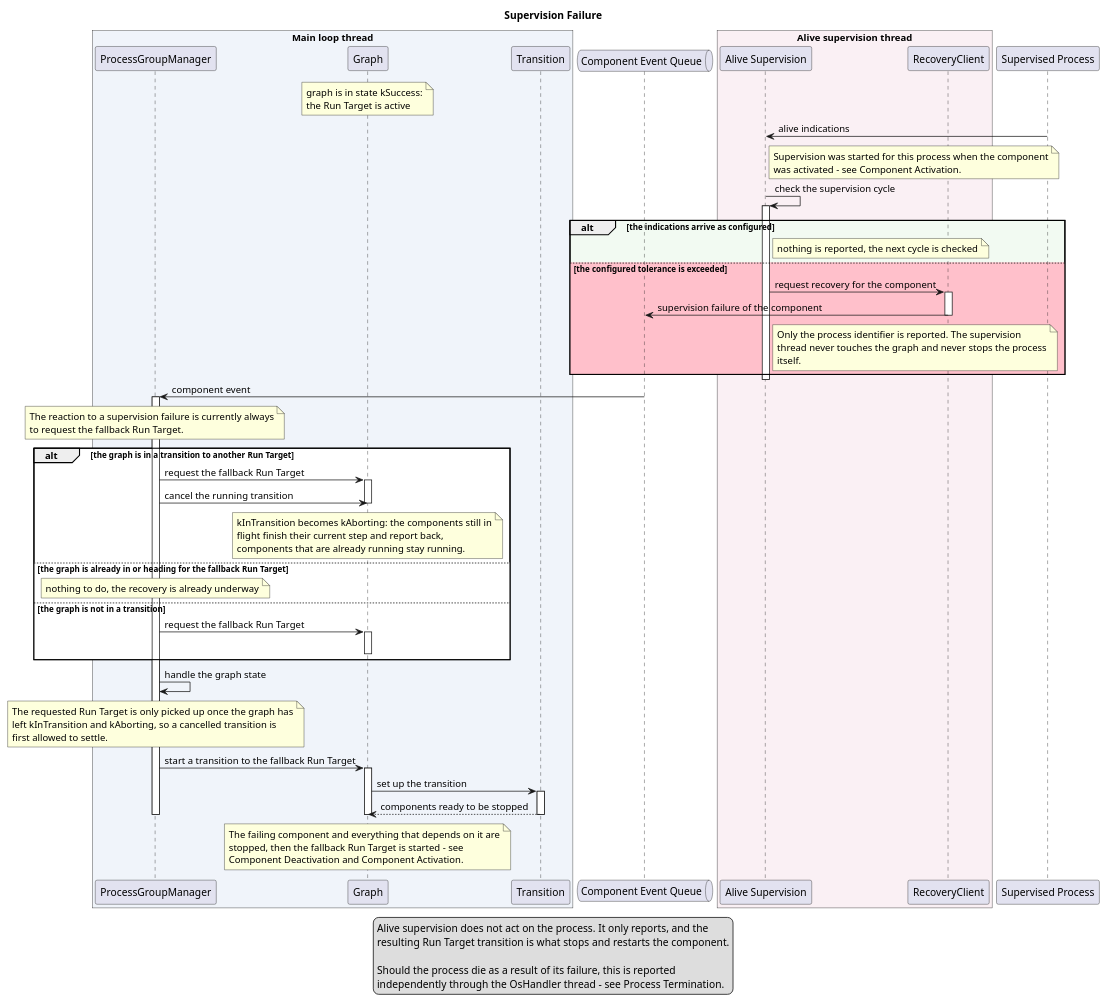
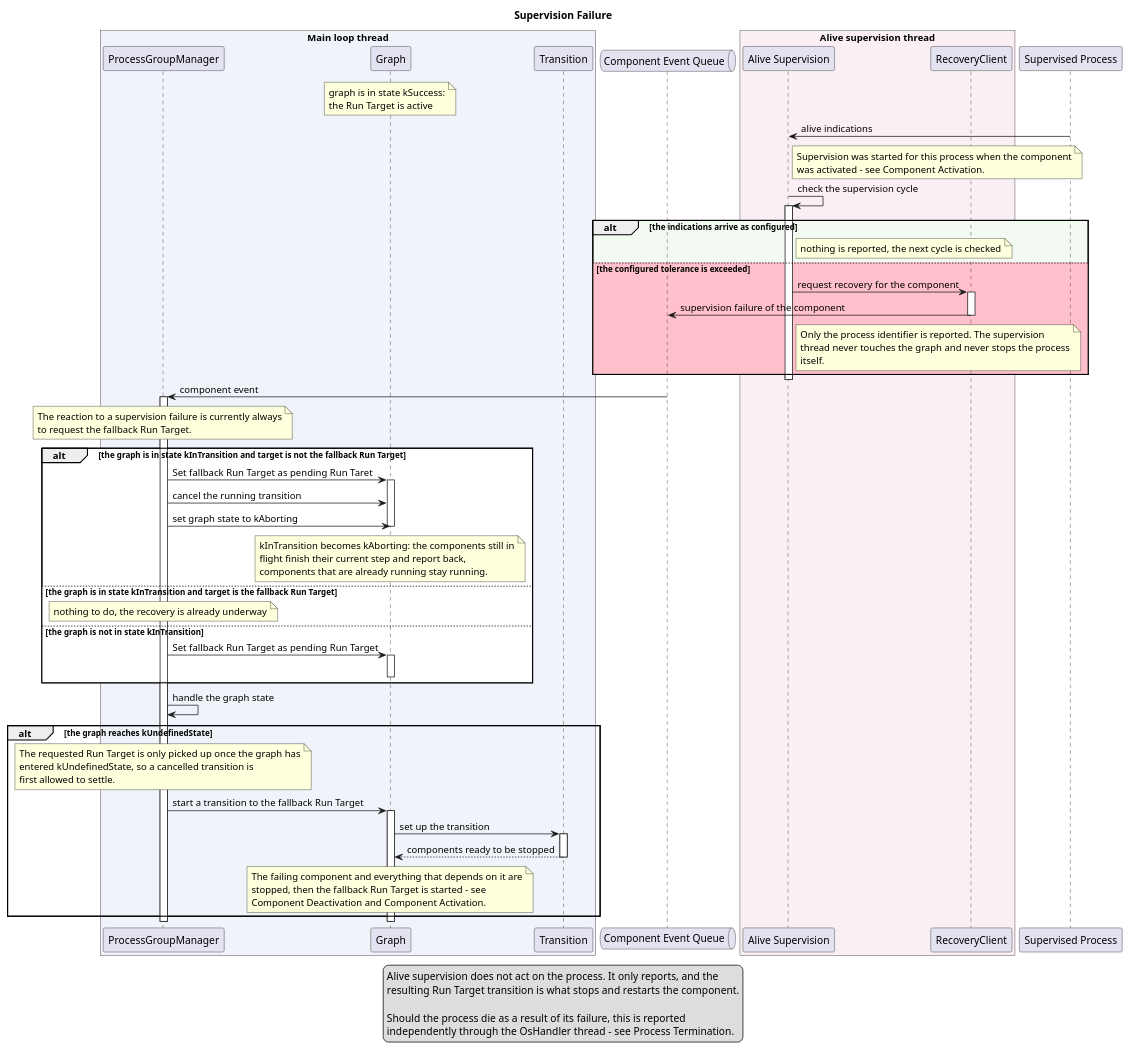
One commit to eclipse-score/lifecycle changed the diagram in score/launch_manager/docs/detailed_design/_assets/supervision_failure.puml. Above: the diagram before and after it, drawn with PlantUML. The commit also changed 4 other files, not shown here.

```diff
--- a/score/launch_manager/docs/detailed_design/_assets/supervision_failure.puml
+++ b/score/launch_manager/docs/detailed_design/_assets/supervision_failure.puml
@@ -14,99 +14,105 @@
 @startuml supervision_failure
 
 title Supervision Failure
 
 box "Main loop thread" #F0F4FA
 participant "ProcessGroupManager" as PGM
 participant "Graph" as Graph
 participant "Transition" as Transition
 end box
 
 queue "Component Event Queue" as EventQueue
 
 box "Alive supervision thread" #FAF0F4
 participant "Alive Supervision" as Supervision
 participant "RecoveryClient" as Recovery
 end box
 
 participant "Supervised Process" as Process
 
 note over Graph: graph is in state kSuccess:\nthe Run Target is active
 
 ' --- detection ---------------------------------------------------------------
 Process -> Supervision: alive indications
 note right of Supervision
   Supervision was started for this process when the component
   was activated - see Component Activation.
 end note
 
 Supervision -> Supervision ++: check the supervision cycle
 
 alt #F2FAF2 the indications arrive as configured
     note right of Supervision: nothing is reported, the next cycle is checked
 
 else #Pink the configured tolerance is exceeded
     Supervision -> Recovery ++: request recovery for the component
     Recovery -> EventQueue: supervision failure of the component
     deactivate Recovery
     note right of Supervision
       Only the process identifier is reported. The supervision
       thread never touches the graph and never stops the process
       itself.
     end note
 end
 deactivate Supervision
 
 ' --- reaction ----------------------------------------------------------------
 EventQueue -> PGM ++: component event
 note over PGM
   The reaction to a supervision failure is currently always
   to request the fallback Run Target.
 end note
 
-alt #White the graph is in a transition to another Run Target
-    PGM -> Graph ++: request the fallback Run Target
+alt #White the graph is in state kInTransition and target is not the fallback Run Target
+    PGM -> Graph ++: Set fallback Run Target as pending Run Taret
     PGM -> Graph: cancel the running transition
+    PGM -> Graph: set graph state to kAborting
     note over Graph
       kInTransition becomes kAborting: the components still in
       flight finish their current step and report back,
       components that are already running stay running.
     end note
     deactivate Graph
 
-else #White the graph is already in or heading for the fallback Run Target
+else #White the graph is in state kInTransition and target is the fallback Run Target
     note over PGM: nothing to do, the recovery is already underway
 
-else #White the graph is not in a transition
-    PGM -> Graph ++: request the fallback Run Target
+else #White the graph is not in state kInTransition
+    PGM -> Graph ++: Set fallback Run Target as pending Run Target
     deactivate Graph
 end
 
 ' --- recovery ----------------------------------------------------------------
 PGM -> PGM: handle the graph state
-note over PGM
-  The requested Run Target is only picked up once the graph has
-  left kInTransition and kAborting, so a cancelled transition is
-  first allowed to settle.
-end note
 
-PGM -> Graph ++: start a transition to the fallback Run Target
-Graph -> Transition ++: set up the transition
-Transition --> Graph --: components ready to be stopped
-note over Graph
-  The failing component and everything that depends on it are
-  stopped, then the fallback Run Target is started - see
-  Component Deactivation and Component Activation.
-end note
+alt the graph reaches kUndefinedState
+
+  note over PGM
+    The requested Run Target is only picked up once the graph has
+    entered kUndefinedState, so a cancelled transition is
+    first allowed to settle.
+  end note
+
+  PGM -> Graph ++: start a transition to the fallback Run Target
+  Graph -> Transition ++: set up the transition
+  Transition --> Graph --: components ready to be stopped
+  note over Graph
+    The failing component and everything that depends on it are
+    stopped, then the fallback Run Target is started - see
+    Component Deactivation and Component Activation.
+  end note
+
+end alt
 
 deactivate Graph
 deactivate PGM
 
 legend bottom
   Alive supervision does not act on the process. It only reports, and the
   resulting Run Target transition is what stops and restarts the component.
 
   Should the process die as a result of its failure, this is reported
   independently through the OsHandler thread - see Process Termination.
 end legend
 
 @enduml
```
